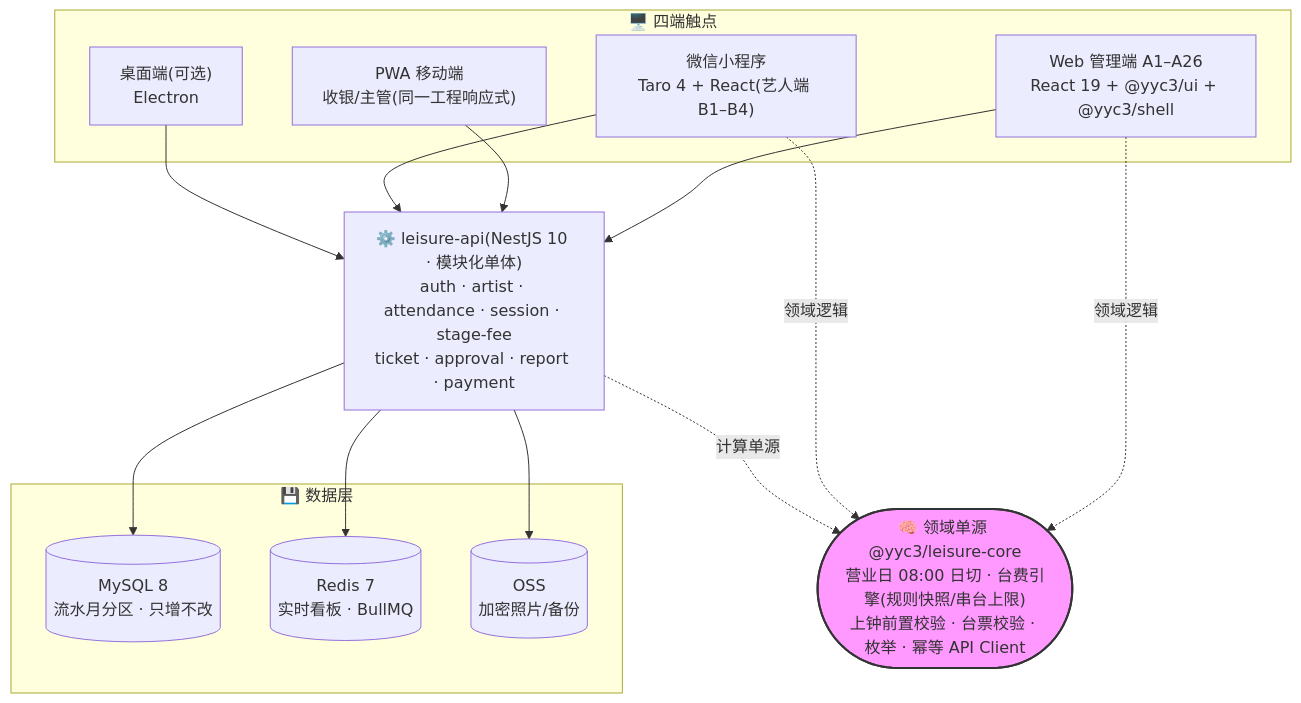
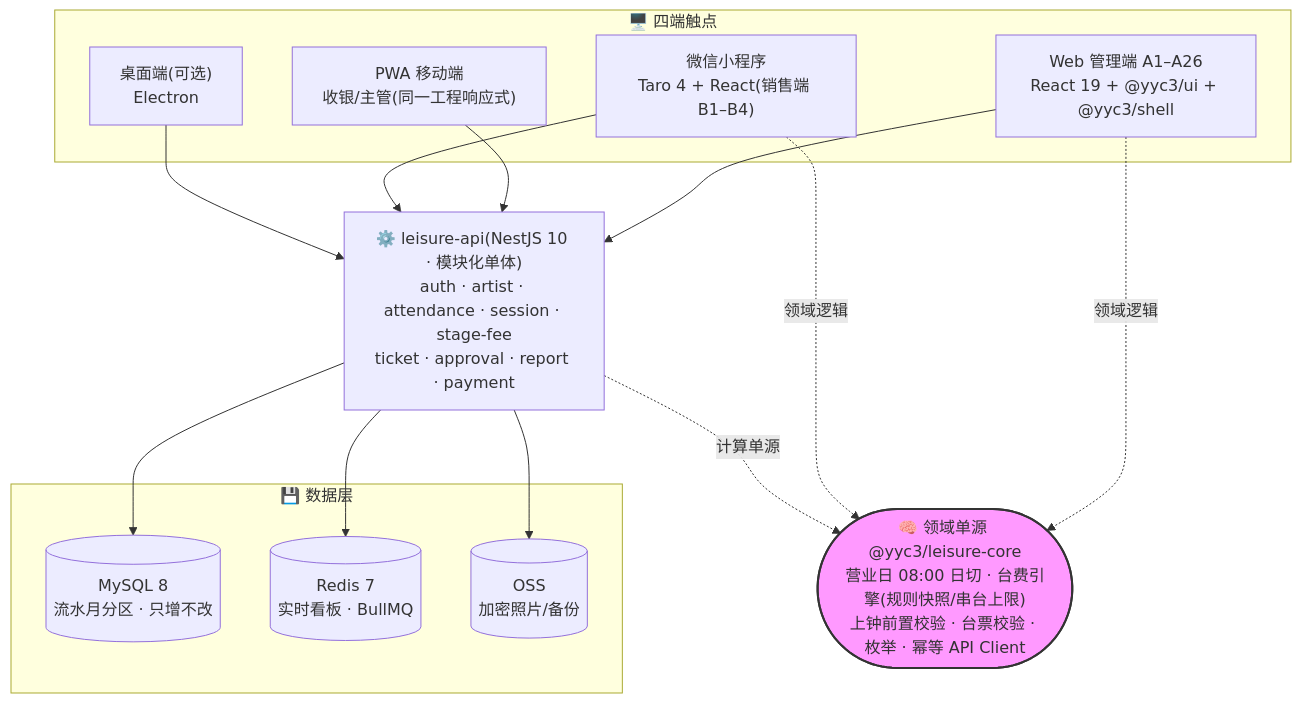
Before and after one commit to YYC-Cube/YYC3-LeisureManage: the diagram in README.md, drawn with Mermaid. The commit also changed other lines of this file and 113 other files, not shown here.

````diff
--- a/README.md
+++ b/README.md
@@ -80,32 +80,32 @@
 ```mermaid
 graph TB
     subgraph Clients["🖥️ 四端触点"]
         WEB["Web 管理端 A1–A26<br/>React 19 + @yyc3/ui + @yyc3/shell"]
         PWA["PWA 移动端<br/>收银/主管(同一工程响应式)"]
-        MP["微信小程序<br/>Taro 4 + React(艺人端 B1–B4)"]
+        MP["微信小程序<br/>Taro 4 + React(销售端 B1–B4)"]
         DESK["桌面端(可选)<br/>Electron"]
     end
 
     CORE(["🧠 领域单源 @yyc3/leisure-core<br/>营业日 08:00 日切 · 台费引擎(规则快照/串台上限)<br/>上钟前置校验 · 台票校验 · 枚举 · 幂等 API Client"])
 
     API["⚙️ leisure-api(NestJS 10 · 模块化单体)<br/>auth · artist · attendance · session · stage-fee<br/>ticket · approval · report · payment"]
 
     subgraph Data["💾 数据层"]
         MYSQL[("MySQL 8<br/>流水月分区 · 只增不改")]
         REDIS[("Redis 7<br/>实时看板 · BullMQ")]
         OSS[("OSS<br/>加密照片/备份")]
     end
 
     WEB --> API
     PWA --> API
     MP --> API
     DESK --> API
     WEB -.领域逻辑.-> CORE
     MP -.领域逻辑.-> CORE
     API -.计算单源.-> CORE
     API --> MYSQL
     API --> REDIS
     API --> OSS
 
     style CORE fill:#f9f,stroke:#333,stroke-width:2px
 ```
````
